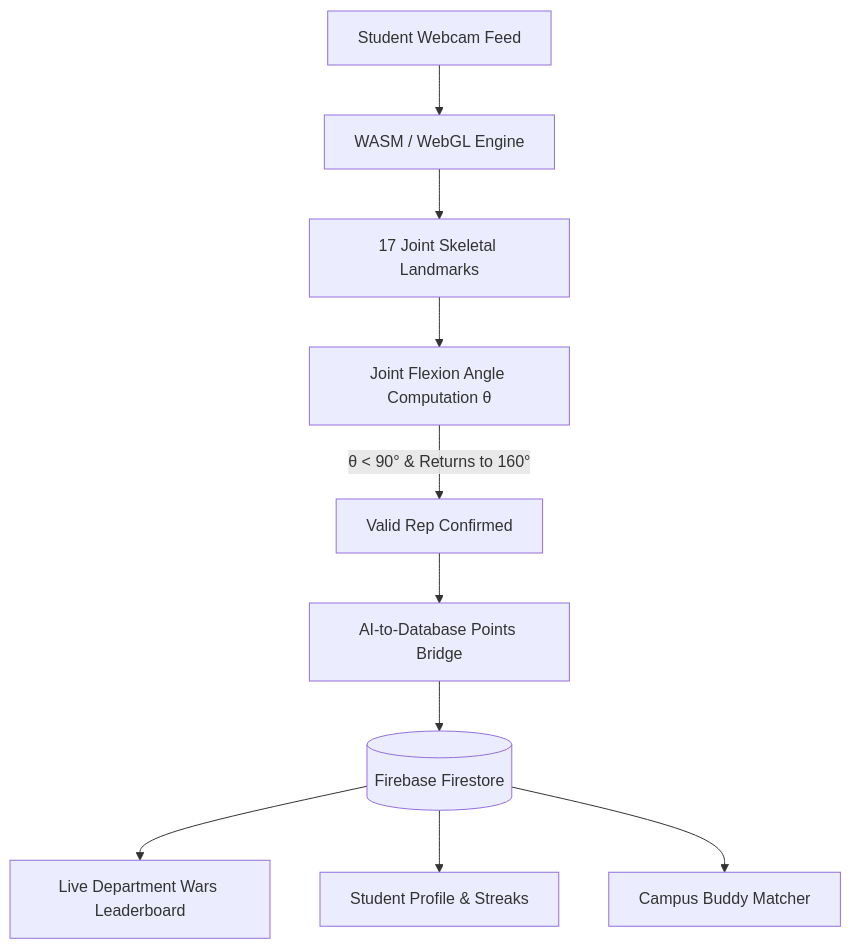
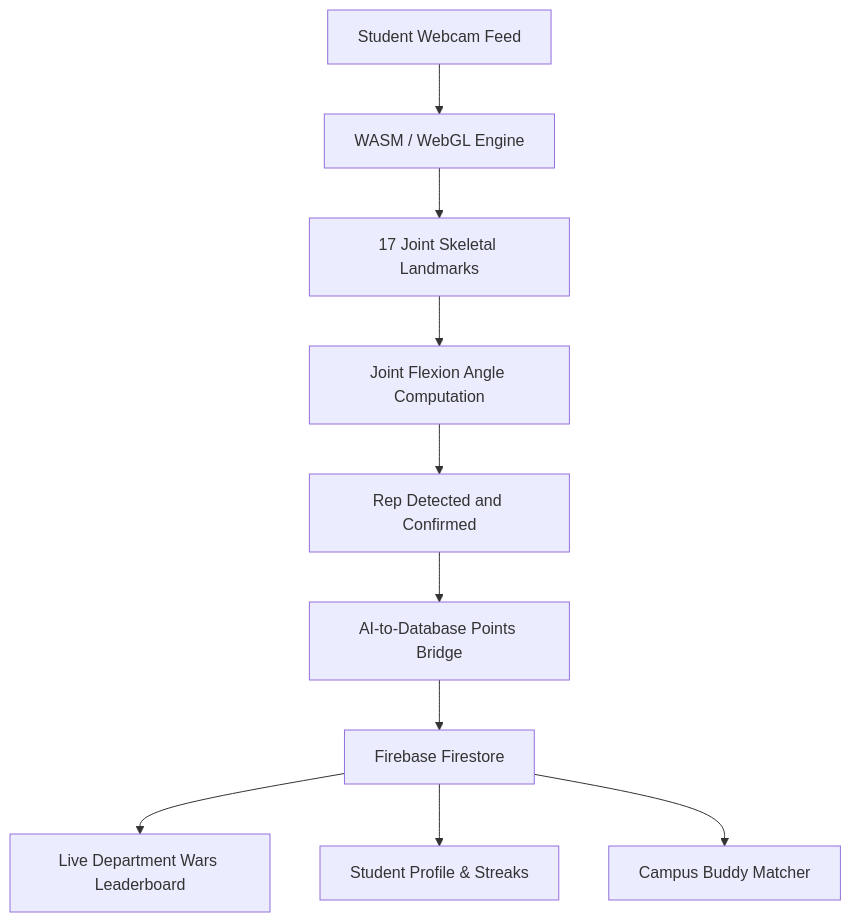
The diagram in README.md (Sai-1234-kinetic-coder/new-aura-anti), drawn with Mermaid before and after one commit. The commit also changed other lines of this file, not shown here.

Commit message:
fix: sanitize Mermaid architecture diagram for GitHub renderer

````diff
--- a/README.md
+++ b/README.md
@@ -23,12 +23,12 @@
 ```mermaid
-graph TD
-    A[Student Webcam Feed] --> B[WASM / WebGL Engine]
-    B --> C[17 Joint Skeletal Landmarks]
-    C --> D[Joint Flexion Angle Computation θ]
-    D -->|θ < 90° & Returns to 160°| E[Valid Rep Confirmed]
-    E --> F[AI-to-Database Points Bridge]
-    F --> G[(Firebase Firestore)]
-    G --> H[Live Department Wars Leaderboard]
-    G --> I[Student Profile & Streaks]
-    G --> J[Campus Buddy Matcher]
+flowchart TD
+    A["Student Webcam Feed"] --> B["WASM / WebGL Engine"]
+    B --> C["17 Joint Skeletal Landmarks"]
+    C --> D["Joint Flexion Angle Computation"]
+    D --> E["Rep Detected and Confirmed"]
+    E --> F["AI-to-Database Points Bridge"]
+    F --> G["Firebase Firestore"]
+    G --> H["Live Department Wars Leaderboard"]
+    G --> I["Student Profile & Streaks"]
+    G --> J["Campus Buddy Matcher"]
 ```
````
